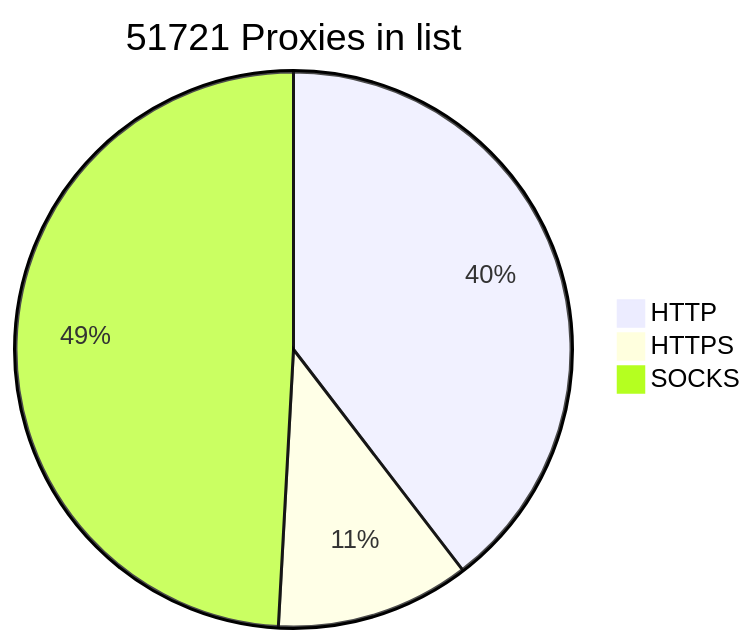
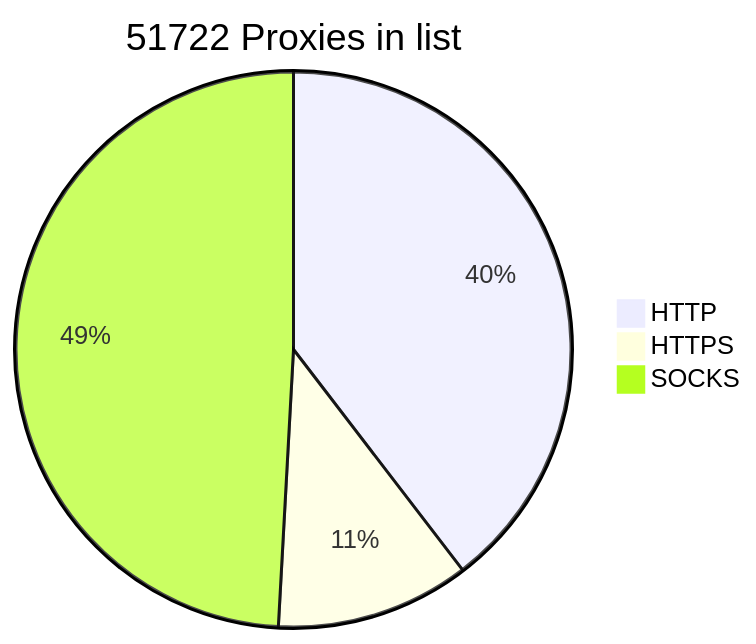
The diagram in README.md (BlackSnowDot/proxylist-update-every-minute), drawn with Mermaid before and after one commit.

````diff
--- a/README.md
+++ b/README.md
@@ -2,6 +2,6 @@
 ```mermaid
-pie title 51721 Proxies in list
+pie title 51722 Proxies in list
     "HTTP" : 22750
     "HTTPS": 6483
-    "SOCKS" : 28233
+    "SOCKS" : 28234
 ```
````
